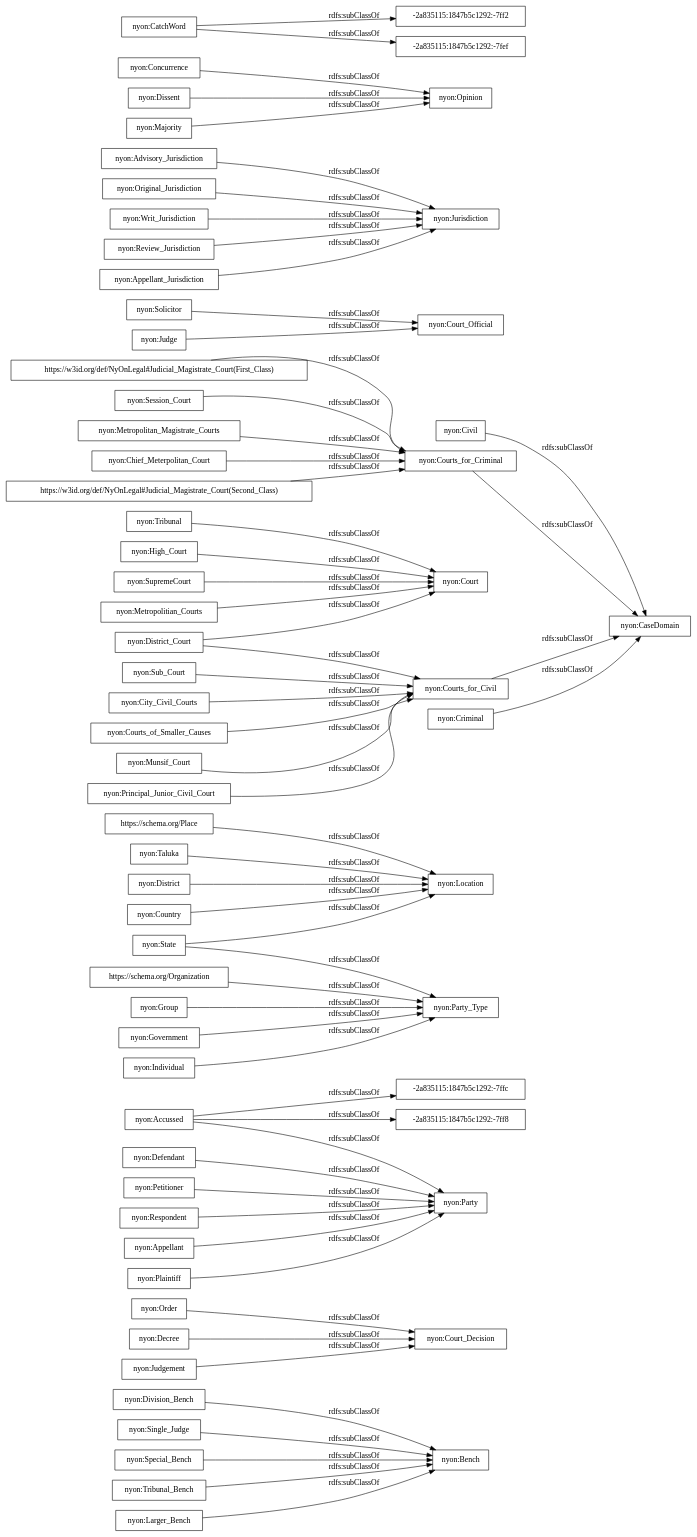
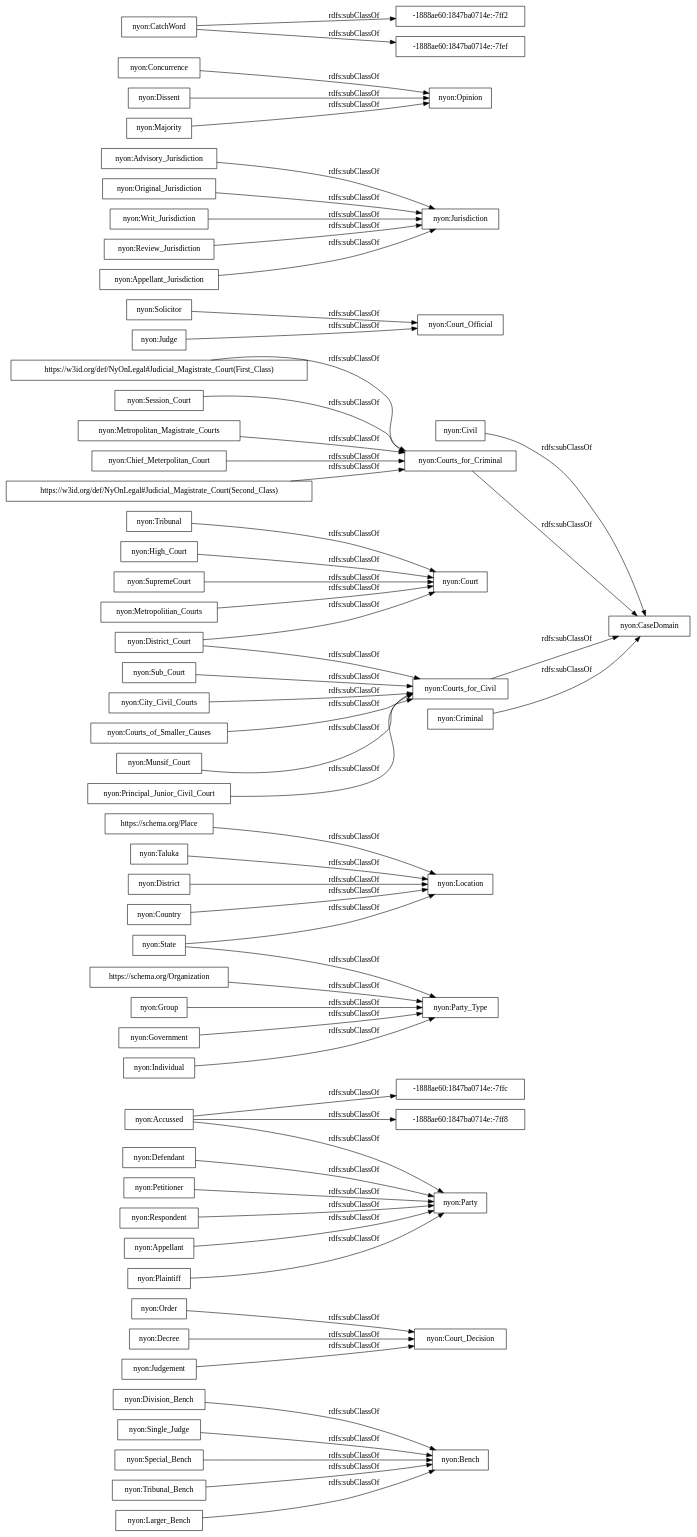
Before and after one commit to ahmad88me/NyOn: the diagram in OnToology/NyOn.owl/diagrams/ar2dtool-taxonomy/NyOn.owl.png.dot, drawn with Graphviz. The commit also changed 6 other files, not shown here.

```diff
--- a/OnToology/NyOn.owl/diagrams/ar2dtool-taxonomy/NyOn.owl.png.dot
+++ b/OnToology/NyOn.owl/diagrams/ar2dtool-taxonomy/NyOn.owl.png.dot
@@ -1,64 +1,64 @@
 digraph ar2dtool_diagram { 
 rankdir=LR;
 size="1000"
-node [shape = rectangle, color="black"]; "nyon:Division_Bench" "nyon:Order" "nyon:Decree" "nyon:Bench" "nyon:Party" "nyon:Court_Decision" "nyon:Defendant" "https://schema.org/Place" "nyon:Accussed" "nyon:Civil" "nyon:Taluka" "nyon:Principal_Junior_Civil_Court" "nyon:Solicitor" "nyon:Advisory_Jurisdiction" "nyon:Single_Judge" "nyon:Session_Court" "nyon:Metropolitan_Magistrate_Courts" "nyon:District_Court" "nyon:Chief_Meterpolitan_Court" "nyon:Original_Jurisdiction" "nyon:Court_Official" "nyon:Court" "-2a835115:1847b5c1292:-7ff8" "nyon:High_Court" "https://w3id.org/def/NyOnLegal#Judicial_Magistrate_Court(Second_Class)" "nyon:State" "nyon:Concurrence" "nyon:Courts_for_Criminal" "nyon:Courts_for_Civil" "nyon:Writ_Jurisdiction" "nyon:Location" "nyon:District" "-2a835115:1847b5c1292:-7ff2" "nyon:Review_Jurisdiction" "nyon:City_Civil_Courts" "-2a835115:1847b5c1292:-7fef" "nyon:Appellant_Jurisdiction" "nyon:SupremeCourt" "nyon:Special_Bench" "nyon:Individual" "nyon:Opinion" "nyon:Judge" "nyon:Courts_of_Smaller_Causes" "nyon:Judgement" "nyon:Tribunal_Bench" "nyon:Jurisdiction" "-2a835115:1847b5c1292:-7ffc" "https://schema.org/Organization" "nyon:Metropolitian_Courts" "nyon:Criminal" "nyon:Group" "nyon:Appellant" "nyon:Munsif_Court" "nyon:CatchWord" "nyon:Dissent" "nyon:Party_Type" "nyon:Plaintiff" "nyon:Country" "nyon:Tribunal" "nyon:Majority" "nyon:Petitioner" "nyon:CaseDomain" "nyon:Sub_Court" "nyon:Larger_Bench" "https://w3id.org/def/NyOnLegal#Judicial_Magistrate_Court(First_Class)" "nyon:Respondent" "nyon:Government" ; /*classes style*/
+node [shape = rectangle, color="black"]; "nyon:Division_Bench" "nyon:Order" "nyon:Decree" "nyon:Bench" "nyon:Party" "nyon:Court_Decision" "nyon:Defendant" "https://schema.org/Place" "nyon:Accussed" "nyon:Civil" "nyon:Taluka" "nyon:Principal_Junior_Civil_Court" "nyon:Solicitor" "nyon:Advisory_Jurisdiction" "nyon:Single_Judge" "nyon:Session_Court" "nyon:Metropolitan_Magistrate_Courts" "nyon:District_Court" "nyon:Chief_Meterpolitan_Court" "nyon:Original_Jurisdiction" "nyon:Court_Official" "-1888ae60:1847ba0714e:-7ff8" "nyon:Court" "nyon:High_Court" "https://w3id.org/def/NyOnLegal#Judicial_Magistrate_Court(Second_Class)" "nyon:State" "nyon:Concurrence" "nyon:Courts_for_Criminal" "nyon:Courts_for_Civil" "nyon:Writ_Jurisdiction" "nyon:Location" "nyon:District" "nyon:Review_Jurisdiction" "nyon:City_Civil_Courts" "nyon:Appellant_Jurisdiction" "nyon:SupremeCourt" "nyon:Special_Bench" "nyon:Individual" "nyon:Opinion" "nyon:Judge" "nyon:Courts_of_Smaller_Causes" "nyon:Judgement" "-1888ae60:1847ba0714e:-7ff2" "nyon:Tribunal_Bench" "nyon:Jurisdiction" "-1888ae60:1847ba0714e:-7ffc" "https://schema.org/Organization" "nyon:Metropolitian_Courts" "nyon:Criminal" "nyon:Group" "nyon:Appellant" "nyon:Munsif_Court" "nyon:CatchWord" "nyon:Dissent" "nyon:Party_Type" "-1888ae60:1847ba0714e:-7fef" "nyon:Plaintiff" "nyon:Country" "nyon:Tribunal" "nyon:Majority" "nyon:Petitioner" "nyon:CaseDomain" "nyon:Sub_Court" "nyon:Larger_Bench" "https://w3id.org/def/NyOnLegal#Judicial_Magistrate_Court(First_Class)" "nyon:Respondent" "nyon:Government" ; /*classes style*/
 	"nyon:Writ_Jurisdiction" -> "nyon:Jurisdiction" [ label = "rdfs:subClassOf" ];
 	"nyon:Special_Bench" -> "nyon:Bench" [ label = "rdfs:subClassOf" ];
 	"https://schema.org/Place" -> "nyon:Location" [ label = "rdfs:subClassOf" ];
 	"nyon:Judge" -> "nyon:Court_Official" [ label = "rdfs:subClassOf" ];
 	"nyon:Petitioner" -> "nyon:Party" [ label = "rdfs:subClassOf" ];
 	"nyon:Original_Jurisdiction" -> "nyon:Jurisdiction" [ label = "rdfs:subClassOf" ];
 	"nyon:Appellant" -> "nyon:Party" [ label = "rdfs:subClassOf" ];
 	"nyon:Order" -> "nyon:Court_Decision" [ label = "rdfs:subClassOf" ];
 	"nyon:Review_Jurisdiction" -> "nyon:Jurisdiction" [ label = "rdfs:subClassOf" ];
 	"https://schema.org/Organization" -> "nyon:Party_Type" [ label = "rdfs:subClassOf" ];
 	"nyon:District_Court" -> "nyon:Courts_for_Civil" [ label = "rdfs:subClassOf" ];
 	"nyon:District_Court" -> "nyon:Court" [ label = "rdfs:subClassOf" ];
 	"nyon:Metropolitian_Courts" -> "nyon:Court" [ label = "rdfs:subClassOf" ];
 	"nyon:Munsif_Court" -> "nyon:Courts_for_Civil" [ label = "rdfs:subClassOf" ];
 	"nyon:Respondent" -> "nyon:Party" [ label = "rdfs:subClassOf" ];
 	"nyon:Chief_Meterpolitan_Court" -> "nyon:Courts_for_Criminal" [ label = "rdfs:subClassOf" ];
 	"nyon:Session_Court" -> "nyon:Courts_for_Criminal" [ label = "rdfs:subClassOf" ];
 	"nyon:Majority" -> "nyon:Opinion" [ label = "rdfs:subClassOf" ];
 	"nyon:SupremeCourt" -> "nyon:Court" [ label = "rdfs:subClassOf" ];
 	"nyon:Larger_Bench" -> "nyon:Bench" [ label = "rdfs:subClassOf" ];
 	"nyon:Single_Judge" -> "nyon:Bench" [ label = "rdfs:subClassOf" ];
 	"nyon:Dissent" -> "nyon:Opinion" [ label = "rdfs:subClassOf" ];
 	"nyon:Government" -> "nyon:Party_Type" [ label = "rdfs:subClassOf" ];
 	"nyon:City_Civil_Courts" -> "nyon:Courts_for_Civil" [ label = "rdfs:subClassOf" ];
 	"nyon:District" -> "nyon:Location" [ label = "rdfs:subClassOf" ];
 	"nyon:Decree" -> "nyon:Court_Decision" [ label = "rdfs:subClassOf" ];
 	"nyon:High_Court" -> "nyon:Court" [ label = "rdfs:subClassOf" ];
 	"nyon:Courts_for_Civil" -> "nyon:CaseDomain" [ label = "rdfs:subClassOf" ];
 	"nyon:Sub_Court" -> "nyon:Courts_for_Civil" [ label = "rdfs:subClassOf" ];
 	"nyon:Civil" -> "nyon:CaseDomain" [ label = "rdfs:subClassOf" ];
 	"nyon:Plaintiff" -> "nyon:Party" [ label = "rdfs:subClassOf" ];
 	"nyon:State" -> "nyon:Party_Type" [ label = "rdfs:subClassOf" ];
 	"nyon:State" -> "nyon:Location" [ label = "rdfs:subClassOf" ];
 	"nyon:Criminal" -> "nyon:CaseDomain" [ label = "rdfs:subClassOf" ];
 	"nyon:Principal_Junior_Civil_Court" -> "nyon:Courts_for_Civil" [ label = "rdfs:subClassOf" ];
 	"nyon:Tribunal" -> "nyon:Court" [ label = "rdfs:subClassOf" ];
 	"https://w3id.org/def/NyOnLegal#Judicial_Magistrate_Court(Second_Class)" -> "nyon:Courts_for_Criminal" [ label = "rdfs:subClassOf" ];
 	"nyon:Courts_for_Criminal" -> "nyon:CaseDomain" [ label = "rdfs:subClassOf" ];
 	"nyon:Concurrence" -> "nyon:Opinion" [ label = "rdfs:subClassOf" ];
-	"nyon:CatchWord" -> "-2a835115:1847b5c1292:-7fef" [ label = "rdfs:subClassOf" ];
-	"nyon:CatchWord" -> "-2a835115:1847b5c1292:-7ff2" [ label = "rdfs:subClassOf" ];
+	"nyon:CatchWord" -> "-1888ae60:1847ba0714e:-7fef" [ label = "rdfs:subClassOf" ];
+	"nyon:CatchWord" -> "-1888ae60:1847ba0714e:-7ff2" [ label = "rdfs:subClassOf" ];
 	"nyon:Solicitor" -> "nyon:Court_Official" [ label = "rdfs:subClassOf" ];
 	"nyon:Courts_of_Smaller_Causes" -> "nyon:Courts_for_Civil" [ label = "rdfs:subClassOf" ];
 	"nyon:Defendant" -> "nyon:Party" [ label = "rdfs:subClassOf" ];
-	"nyon:Accussed" -> "-2a835115:1847b5c1292:-7ff8" [ label = "rdfs:subClassOf" ];
-	"nyon:Accussed" -> "-2a835115:1847b5c1292:-7ffc" [ label = "rdfs:subClassOf" ];
+	"nyon:Accussed" -> "-1888ae60:1847ba0714e:-7ff8" [ label = "rdfs:subClassOf" ];
+	"nyon:Accussed" -> "-1888ae60:1847ba0714e:-7ffc" [ label = "rdfs:subClassOf" ];
 	"nyon:Accussed" -> "nyon:Party" [ label = "rdfs:subClassOf" ];
 	"nyon:Group" -> "nyon:Party_Type" [ label = "rdfs:subClassOf" ];
 	"nyon:Country" -> "nyon:Location" [ label = "rdfs:subClassOf" ];
 	"nyon:Tribunal_Bench" -> "nyon:Bench" [ label = "rdfs:subClassOf" ];
 	"nyon:Taluka" -> "nyon:Location" [ label = "rdfs:subClassOf" ];
 	"nyon:Judgement" -> "nyon:Court_Decision" [ label = "rdfs:subClassOf" ];
 	"nyon:Division_Bench" -> "nyon:Bench" [ label = "rdfs:subClassOf" ];
 	"nyon:Advisory_Jurisdiction" -> "nyon:Jurisdiction" [ label = "rdfs:subClassOf" ];
 	"nyon:Metropolitan_Magistrate_Courts" -> "nyon:Courts_for_Criminal" [ label = "rdfs:subClassOf" ];
 	"nyon:Appellant_Jurisdiction" -> "nyon:Jurisdiction" [ label = "rdfs:subClassOf" ];
 	"nyon:Individual" -> "nyon:Party_Type" [ label = "rdfs:subClassOf" ];
 	"https://w3id.org/def/NyOnLegal#Judicial_Magistrate_Court(First_Class)" -> "nyon:Courts_for_Criminal" [ label = "rdfs:subClassOf" ];
 
 }
```
